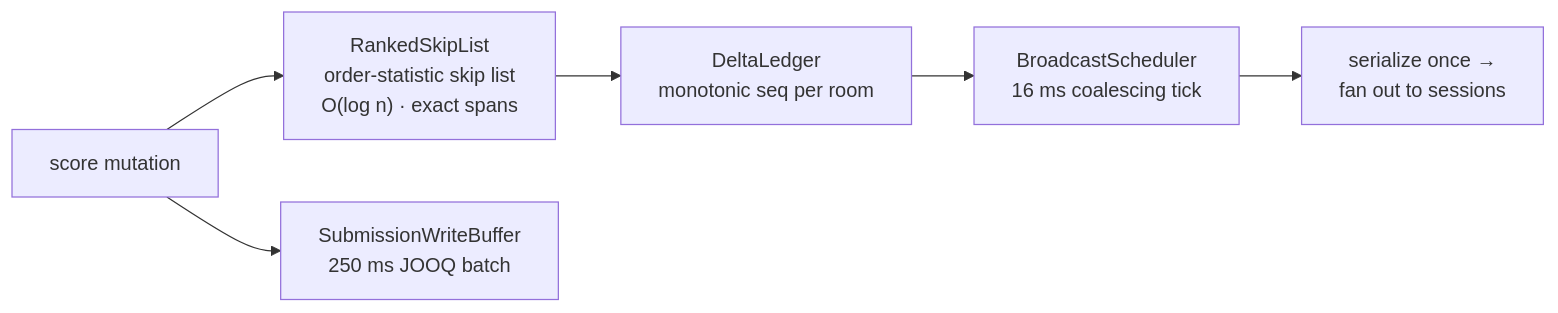
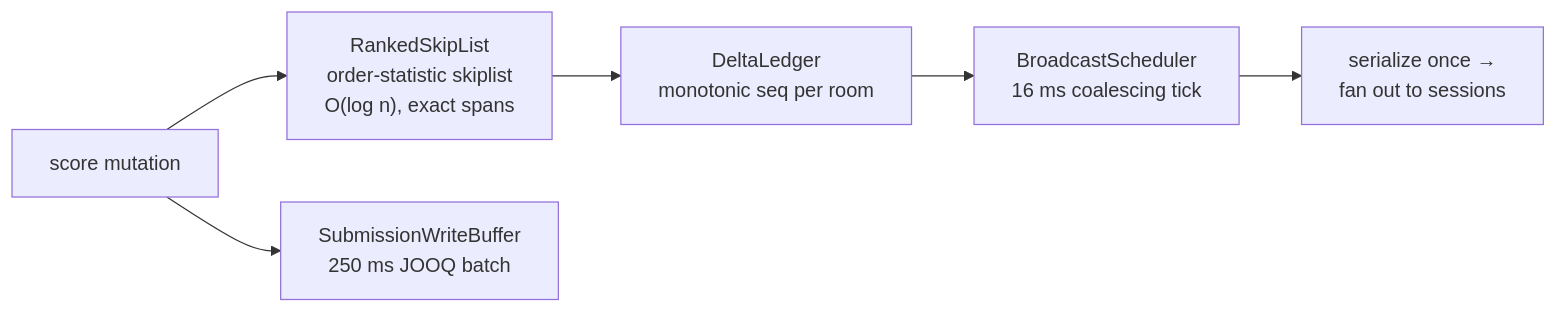
One commit to richie-rich90454/SprintJudge changed the fifth of 7 diagrams in docs/architecture.md. Above: the diagram before and after it, drawn with Mermaid. The commit also changed other lines of this file, not shown here.

Commit message:
fix(docs): budgets tables and lifecycle graphs

````diff
--- a/docs/architecture.md
+++ b/docs/architecture.md
@@ -112,8 +112,8 @@
 ```mermaid
 flowchart LR
-    SUB["score mutation"] --> IDX["RankedSkipList<br/>order-statistic skip list<br/>O(log n) · exact spans"]
+    SUB["score mutation"] --> IDX["RankedSkipList<br/>order-statistic skiplist<br/>O(log n), exact spans"]
     IDX --> LED["DeltaLedger<br/>monotonic seq per room"]
     LED --> CO["BroadcastScheduler<br/>16 ms coalescing tick"]
     CO --> OUT["serialize once →<br/>fan out to sessions"]
     SUB --> BUF["SubmissionWriteBuffer<br/>250 ms JOOQ batch"]
 ```
````
